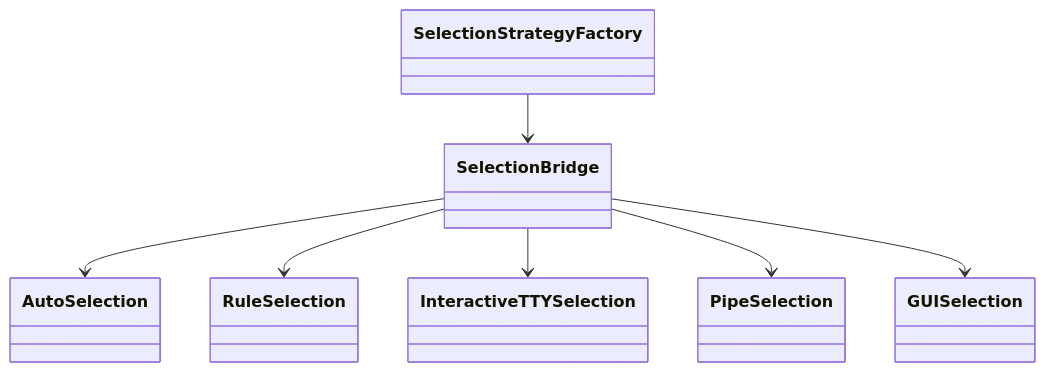
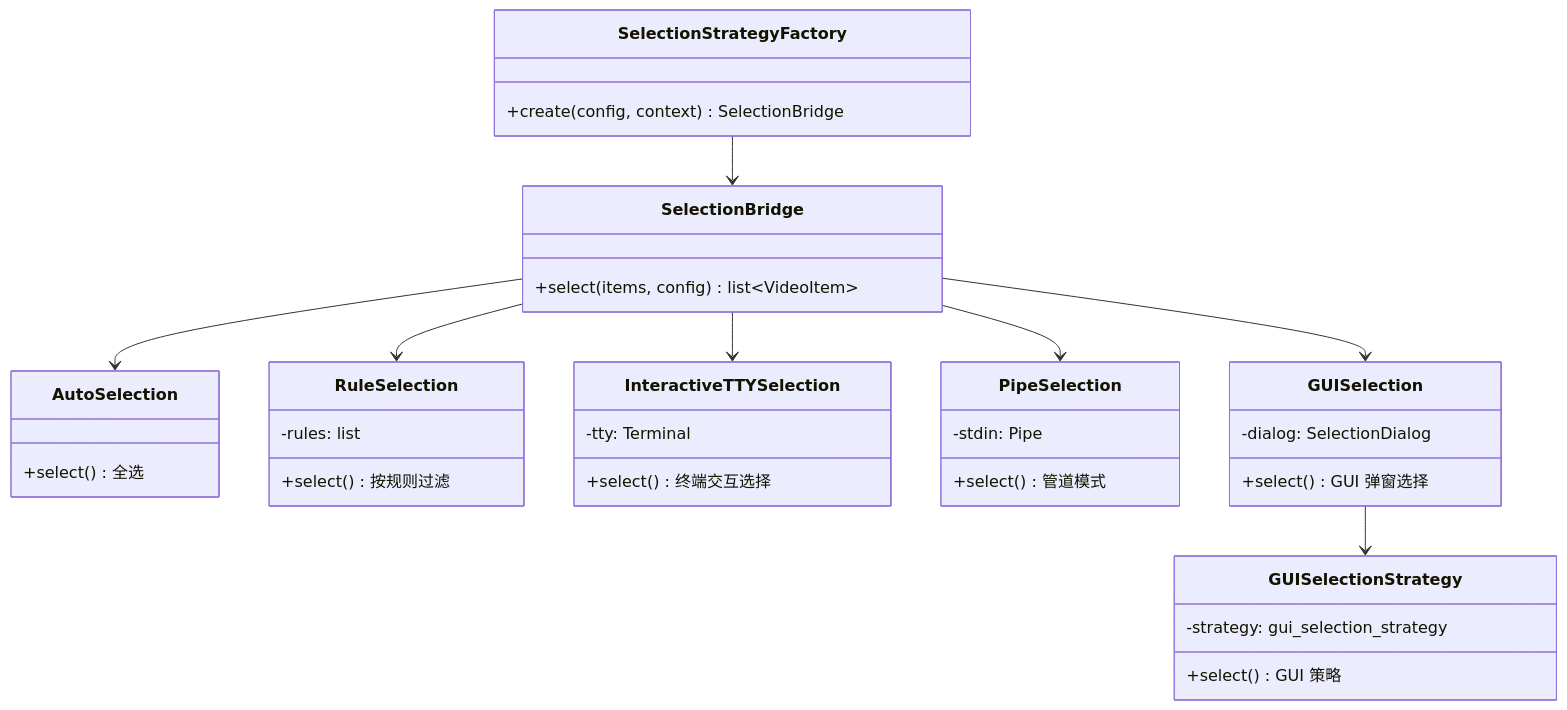
The third of 5 diagrams in mermaid/07-cli-sdk-runtime.md (haohaizi554/UniversalCrawler), drawn with Mermaid before and after one commit. The commit also changed other lines of this file and 78 other files, not shown here.

Commit message:
Sync local workspace: packaging adaptation, frontend hardening, and architecture review.

````diff
--- a/mermaid/07-cli-sdk-runtime.md
+++ b/mermaid/07-cli-sdk-runtime.md
@@ -46,17 +111,47 @@
 ```mermaid
 classDiagram
-    class SelectionStrategyFactory
-    class SelectionBridge
-    class AutoSelection
-    class RuleSelection
-    class InteractiveTTYSelection
-    class PipeSelection
-    class GUISelection
+    class SelectionStrategyFactory {
+        +create(config, context) SelectionBridge
+    }
+
+    class SelectionBridge {
+        +select(items, config) list~VideoItem~
+    }
+
+    class AutoSelection {
+        +select() 全选
+    }
+
+    class RuleSelection {
+        +select() 按规则过滤
+        -rules: list
+    }
+
+    class InteractiveTTYSelection {
+        +select() 终端交互选择
+        -tty: Terminal
+    }
+
+    class PipeSelection {
+        +select() 管道模式
+        -stdin: Pipe
+    }
+
+    class GUISelection {
+        +select() GUI 弹窗选择
+        -dialog: SelectionDialog
+    }
+
+    class GUISelectionStrategy {
+        +select() GUI 策略
+        -strategy: gui_selection_strategy
+    }
 
     SelectionStrategyFactory --> SelectionBridge
     SelectionBridge --> AutoSelection
     SelectionBridge --> RuleSelection
     SelectionBridge --> InteractiveTTYSelection
     SelectionBridge --> PipeSelection
     SelectionBridge --> GUISelection
+    GUISelection --> GUISelectionStrategy
 ```
````
